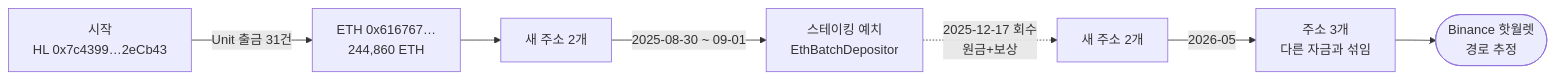
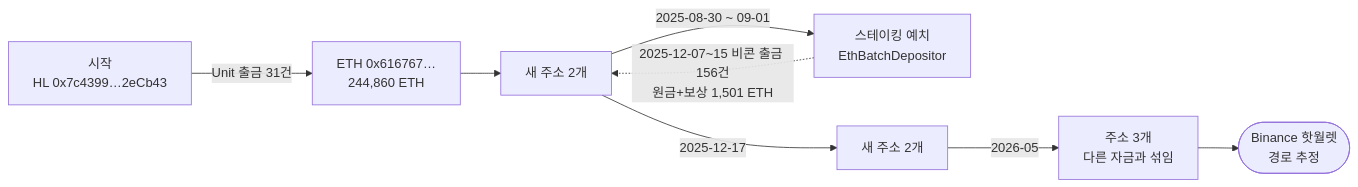
Before and after one commit to leejk206/tracker: the third of 3 diagrams in FINDINGS.md, drawn with Mermaid. The commit also changed other lines of this file and 4 other files, not shown here.

````diff
--- a/FINDINGS.md
+++ b/FINDINGS.md
@@ -50,9 +53,10 @@
 ```mermaid
 flowchart LR
   S["시작<br>HL 0x7c4399…2eCb43"] -->|Unit 출금 31건| E0["ETH 0x616767…<br>244,860 ETH"]
   E0 --> E1["새 주소 2개"]
   E1 -->|2025-08-30 ~ 09-01| K["스테이킹 예치<br>EthBatchDepositor"]
-  K -.->|2025-12-17 회수<br>원금+보상| E2["새 주소 2개"]
+  K -.->|2025-12-07~15 비콘 출금 156건<br>원금+보상 1,501 ETH| E1
+  E1 -->|2025-12-17| E2["새 주소 2개"]
   E2 -->|2026-05| E3["주소 3개<br>다른 자금과 섞임"]
   E3 --> T(["Binance 핫월렛<br>경로 추정"])
 ```
````
